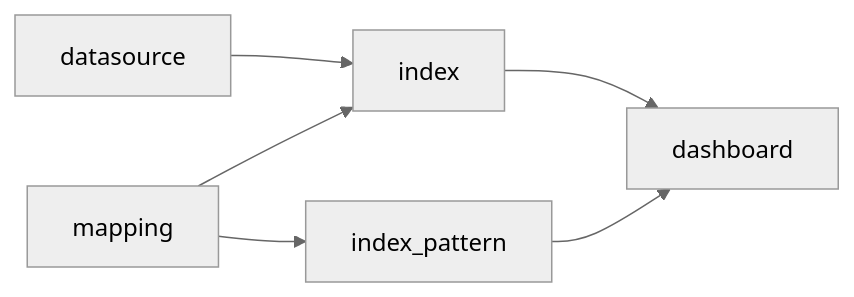
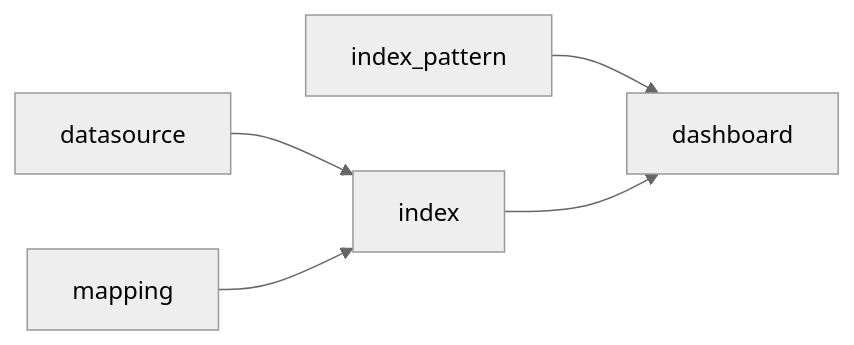
The first of 3 diagrams in integrations/README.md (opensearch-project/observability), drawn with Mermaid (neutral theme) before and after one commit. The commit also changed other lines of this file and 3 other files, not shown here.

````diff
--- a/integrations/README.md
+++ b/integrations/README.md
@@ -151,10 +153,9 @@
 ```mermaid
   graph LR;
       datasource-->index;
       mapping-->index;
-      mapping-->index_pattern;
       
       index_pattern-->dashboard
       index-->dashboard
 
 ```
````
